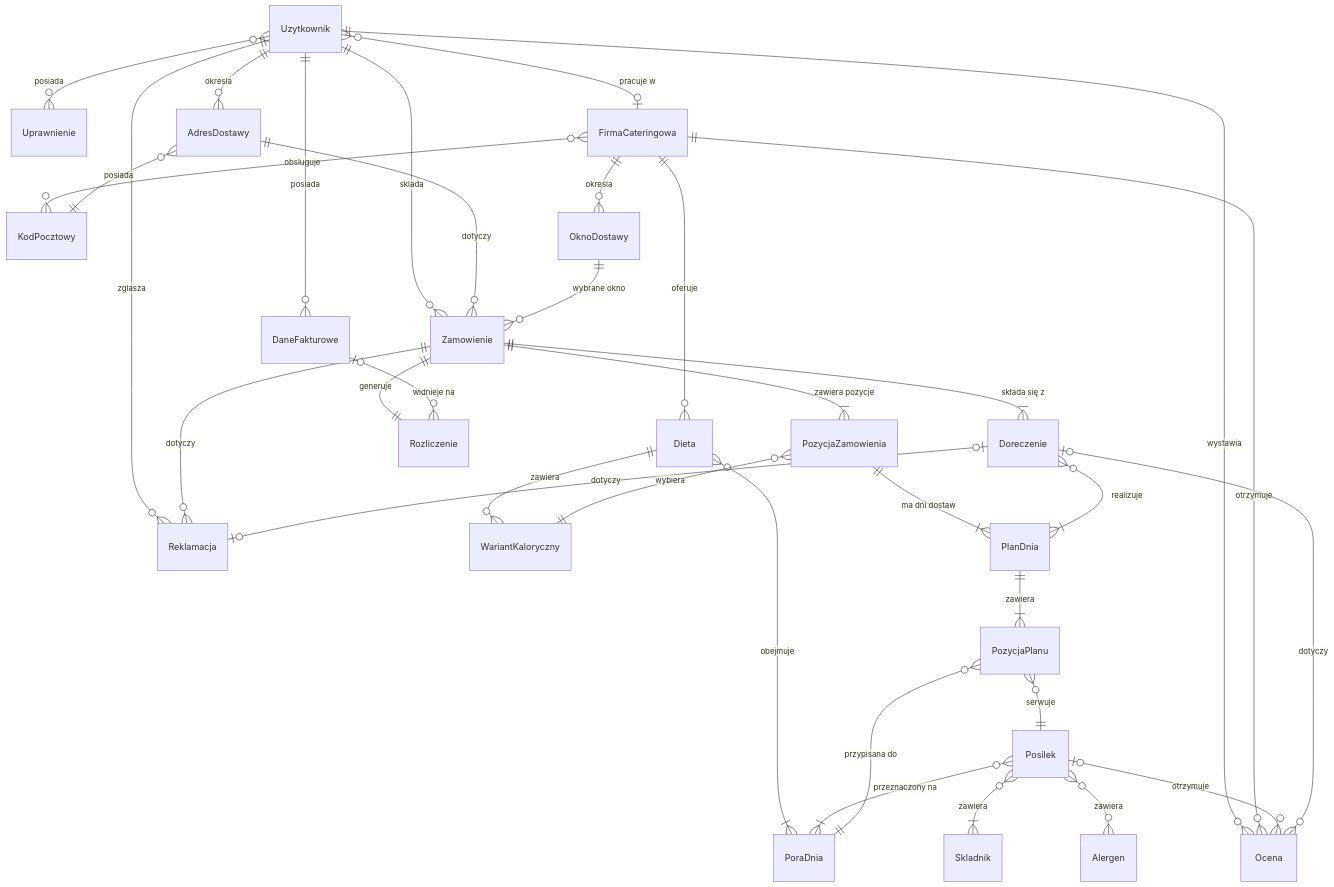
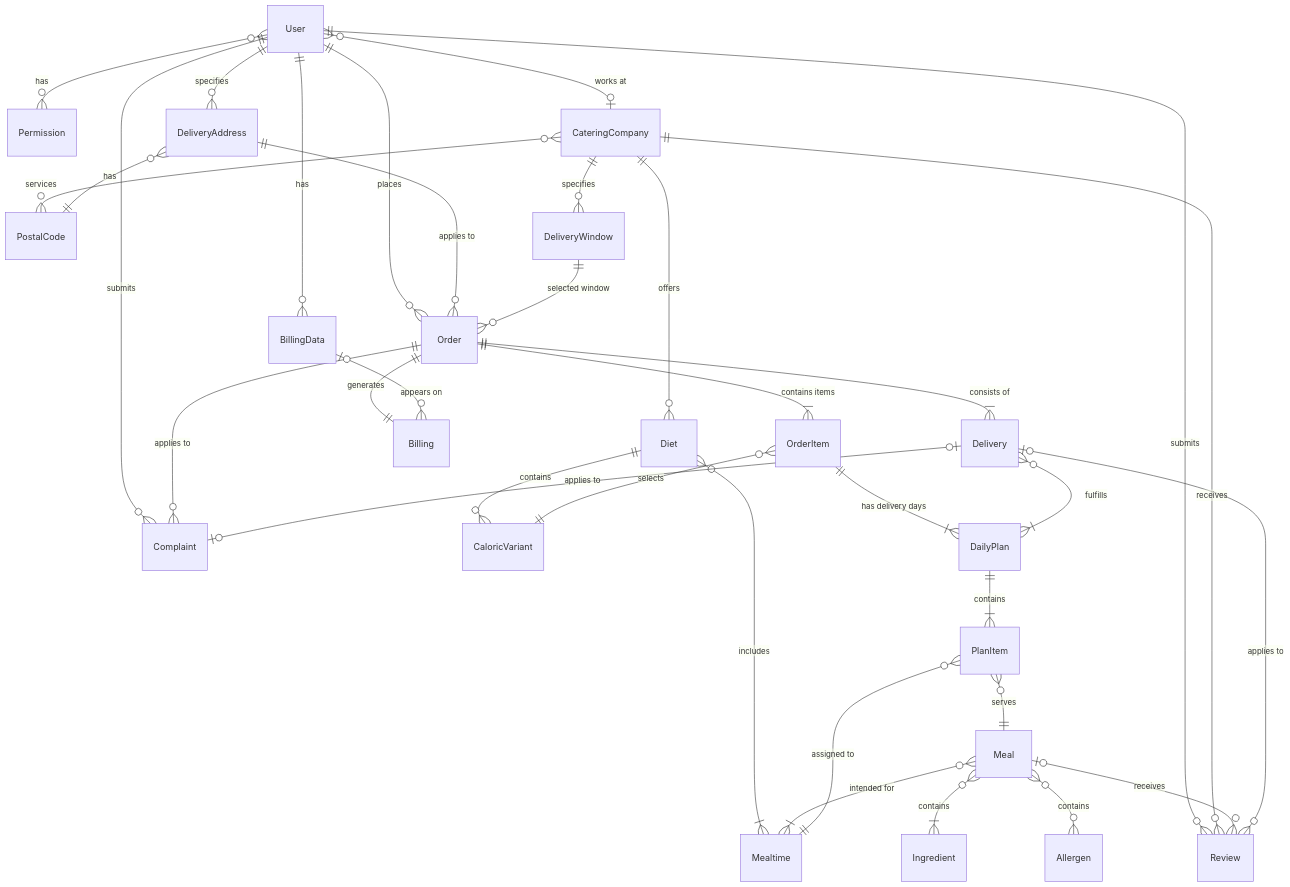
One commit to M1KUS3Q/spolka-inwestycyjna-maciej-frackiewicz changed the diagram in ERD.md. Above: the diagram before and after it, drawn with Mermaid. The commit also changed other lines of this file, not shown here.

Commit message:
feat: translate erd to english

````diff
--- a/ERD.md
+++ b/ERD.md
@@ -5,45 +5,45 @@
 ```mermaid
 erDiagram
-    Uzytkownik }o--o{ Uprawnienie : "posiada"
-    Uzytkownik ||--o{ AdresDostawy : "okresla"
-    Uzytkownik ||--o{ DaneFakturowe : "posiada"
-    Uzytkownik ||--o{ Zamowienie : "sklada"
-    Uzytkownik ||--o{ Ocena : "wystawia"
-    Uzytkownik ||--o{ Reklamacja : "zglasza"
-    Uzytkownik }o--o| FirmaCateringowa : "pracuje w"
+    User }o--o{ Permission : "has"
+    User ||--o{ DeliveryAddress : "specifies"
+    User ||--o{ BillingData : "has"
+    User ||--o{ Order : "places"
+    User ||--o{ Review : "submits"
+    User ||--o{ Complaint : "submits"
+    User }o--o| CateringCompany : "works at"
 
-    FirmaCateringowa }o--o{ KodPocztowy : "obsluguje"
-    FirmaCateringowa ||--o{ Dieta : "oferuje"
-    FirmaCateringowa ||--o{ OknoDostawy : "okresla"
-    FirmaCateringowa ||--o{ Ocena : "otrzymuje"
+    CateringCompany }o--o{ PostalCode : "services"
+    CateringCompany ||--o{ Diet : "offers"
+    CateringCompany ||--o{ DeliveryWindow : "specifies"
+    CateringCompany ||--o{ Review : "receives"
 
-    Dieta ||--o{ WariantKaloryczny : "zawiera"
-    Dieta }o--|{ PoraDnia : "obejmuje"
+    Diet ||--o{ CaloricVariant : "contains"
+    Diet }o--|{ Mealtime : "includes"
 
-    PozycjaZamowienia }o--|| WariantKaloryczny : "wybiera"
-    PozycjaZamowienia ||--|{ PlanDnia : "ma dni dostaw"
+    OrderItem }o--|| CaloricVariant : "selects"
+    OrderItem ||--|{ DailyPlan : "has delivery days"
 
-    Posilek }o--|{ PoraDnia : "przeznaczony na"
-    Posilek }o--|{ Skladnik : "zawiera"
-    Posilek }o--o{ Alergen : "zawiera"
-    Posilek |o--o{ Ocena : "otrzymuje"
+    Meal }o--|{ Mealtime : "intended for"
+    Meal }o--|{ Ingredient : "contains"
+    Meal }o--o{ Allergen : "contains"
+    Meal |o--o{ Review : "receives"
 
-    PlanDnia ||--|{ PozycjaPlanu : "zawiera"
-    PozycjaPlanu }o--|| PoraDnia : "przypisana do"
-    PozycjaPlanu }o--|| Posilek : "serwuje"
+    DailyPlan ||--|{ PlanItem : "contains"
+    PlanItem }o--|| Mealtime : "assigned to"
+    PlanItem }o--|| Meal : "serves"
 
-    AdresDostawy ||--o{ Zamowienie : "dotyczy"
-    AdresDostawy }o--|| KodPocztowy : "posiada"
-    OknoDostawy ||--o{ Zamowienie : "wybrane okno"
+    DeliveryAddress ||--o{ Order : "applies to"
+    DeliveryAddress }o--|| PostalCode : "has"
+    DeliveryWindow ||--o{ Order : "selected window"
 
-    Zamowienie ||--|{ PozycjaZamowienia : "zawiera pozycje"
-    Zamowienie ||--|| Rozliczenie : "generuje"
-    Zamowienie ||--|{ Doreczenie : "składa się z"
-    Zamowienie ||--o{ Reklamacja : "dotyczy"
+    Order ||--|{ OrderItem : "contains items"
+    Order ||--|| Billing : "generates"
+    Order ||--|{ Delivery : "consists of"
+    Order ||--o{ Complaint : "applies to"
 
-    DaneFakturowe |o--o{ Rozliczenie : "widnieje na"
+    BillingData |o--o{ Billing : "appears on"
 
-    Doreczenie }o--|{ PlanDnia : "realizuje"
-    Doreczenie |o--o| Reklamacja : "dotyczy"
-    Doreczenie |o--o{ Ocena : "dotyczy"
+    Delivery }o--|{ DailyPlan : "fulfills"
+    Delivery |o--o| Complaint : "applies to"
+    Delivery |o--o{ Review : "applies to"
 ```
````
